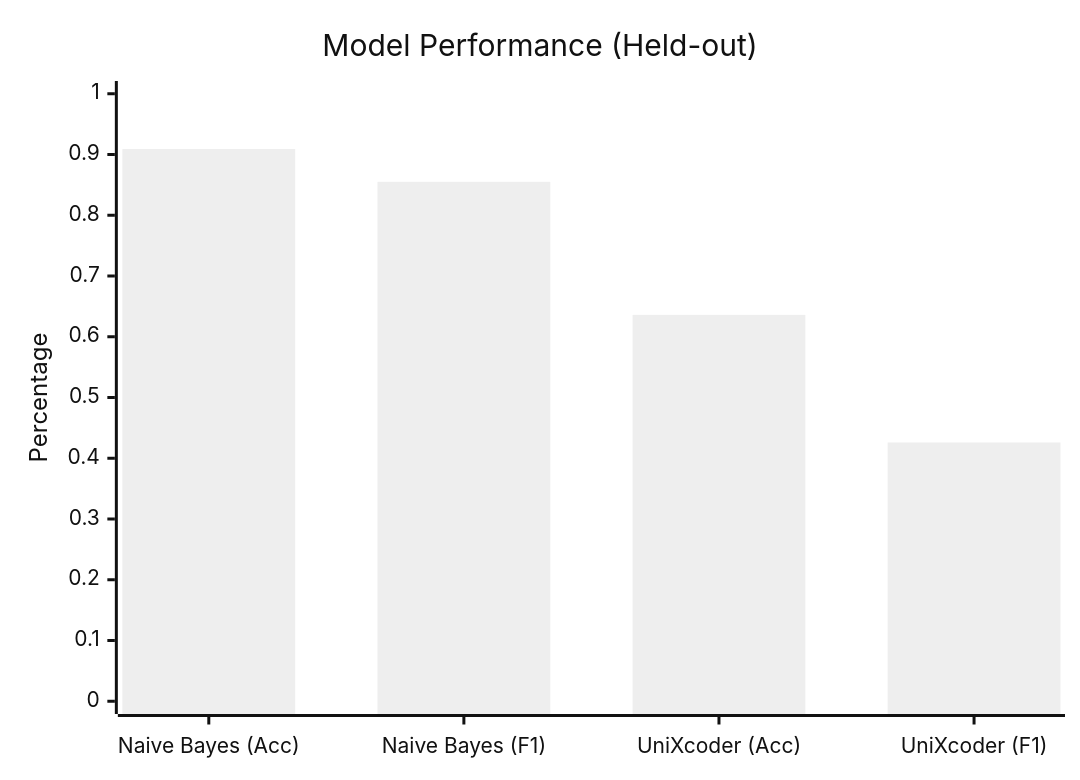
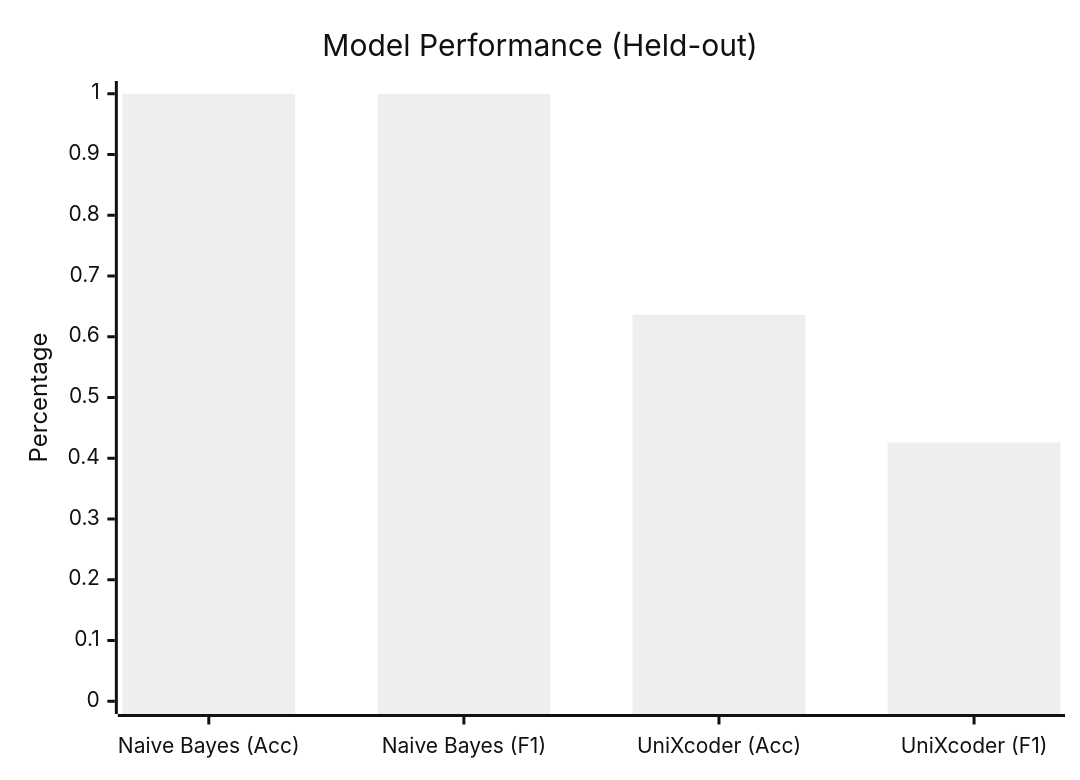
One commit to manasshete/DAM_maharashtra_round changed the second of 2 diagrams in README.md. Above: the diagram before and after it, drawn with Mermaid (neutral theme). The commit also changed other lines of this file and 35 other files, not shown here.

````diff
--- a/README.md
+++ b/README.md
@@ -127,7 +127,7 @@
 ```mermaid
 xychart-beta
     title "Model Performance (Held-out)"
     x-axis ["Naive Bayes (Acc)", "Naive Bayes (F1)", "UniXcoder (Acc)", "UniXcoder (F1)"]
     y-axis "Percentage" 0.00 --> 1.00
-    bar [0.909, 0.855, 0.636, 0.426]
+    bar [1.000, 1.000, 0.636, 0.426]
 ```
````
